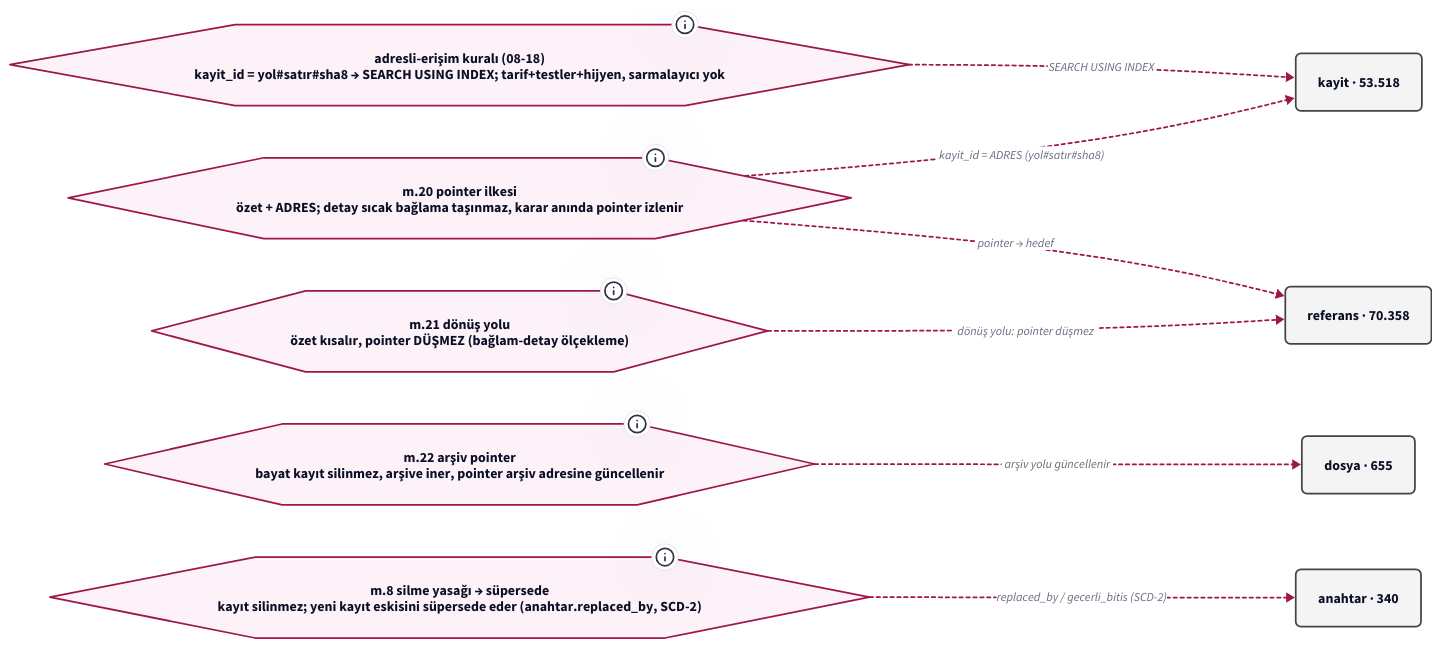
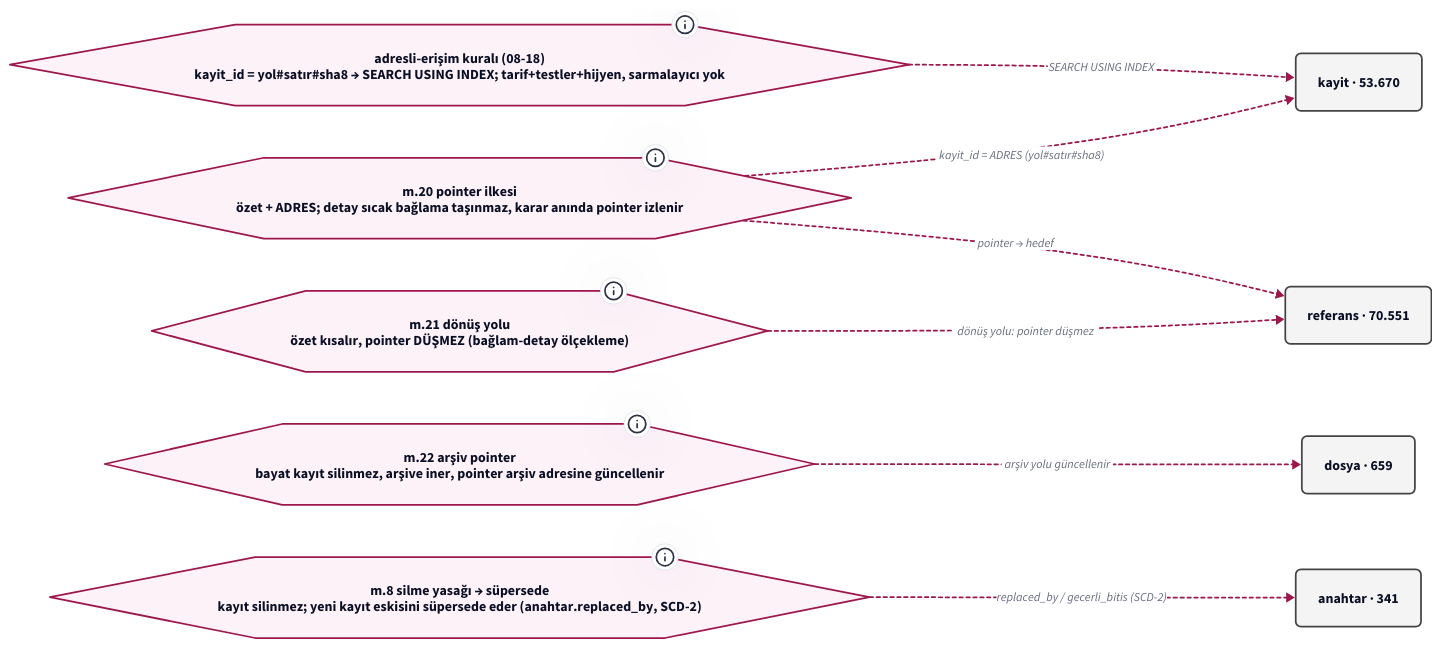
One commit to salihsahinin/sistem changed the diagram in graf/pointer-sistemi-v0-ilke.d2. Above: the diagram before and after it, drawn with D2. The commit also changed 53 other files, not shown here.

```diff
--- a/graf/pointer-sistemi-v0-ilke.d2
+++ b/graf/pointer-sistemi-v0-ilke.d2
@@ -1,33 +1,33 @@
 # Jarvis POINTER SİSTEMİ — POINTER İLKESİ → MEKANİZMA (pano 3/4) (türetilmiş görünüm; ham kaynak silver/bronz)
-# üretici: tools/pointer-graf.py · silver 0612826 · HEAD 0612826 · d2 v0.8.1-HEAD · render: d2 --layout=elk (ELK bundled; TALA girmez; determinizm yerel sha256 ile ölçülür — Karar 65)
+# üretici: tools/pointer-graf.py · silver bf215c7 · HEAD bf215c7 · d2 v0.8.1-HEAD · render: d2 --layout=elk (ELK bundled; TALA girmez; determinizm yerel sha256 ile ölçülür — Karar 65)
 # içerik katmanı: düğüm/kenar = silver'dan script türetimi (LLM yazmaz); ilke/kronoloji = kanon SABİTİ (pointer'lı, script içinde); yorum katmanı = bu # satırları
 direction: right
 classes: {
   kutu: { style: { fill: "#F4F4F4"; stroke: "#444444"; font-size: 16; border-radius: 6 } }
   pointer: { style: { fill: "#E8F0FE"; stroke: "#1A56DB"; border-radius: 6 } }
   anahtar: { style: { fill: "#FFF4E5"; stroke: "#B45309"; border-radius: 6 } }
   hat: { style: { fill: "#ECFDF5"; stroke: "#047857"; bold: true; border-radius: 6 } }
   ilke: { shape: hexagon; style: { fill: "#FDF2F8"; stroke: "#9D174D" } }
   kron: { shape: page; style: { fill: "#FFFFFF"; stroke: "#6B7280" } }
   dis: { shape: cloud; style: { fill: "#FAFAFA"; stroke: "#9CA3AF" } }
   kirik: { style: { stroke: "#DC2626"; stroke-dash: 3; font-size: 14 } }
   supersede: { style: { stroke: "#B45309"; stroke-dash: 5 } }
   fk: { style: { stroke: "#444444"; font-size: 14 } }
   turetir: { style: { stroke: "#047857"; stroke-width: 3 } }
   uygular: { style: { stroke: "#9D174D"; stroke-dash: 2; font-size: 14 } }
 }
 adres: "adresli-erişim kuralı (08-18)\nkayit_id = yol#satır#sha8 → SEARCH USING INDEX; tarif+testler+hijyen, sarmalayıcı yok" { class: ilke; tooltip: "KILAVUZ.md tasarım-ilkeleri · kuyruk/senaryo-defteri.md Karar 62" }
 m20: "m.20 pointer ilkesi\nözet + ADRES; detay sıcak bağlama taşınmaz, karar anında pointer izlenir" { class: ilke; tooltip: "core/tuzuk-v0.md m.20 · wiki/pointer-sistemi.md" }
 m21: "m.21 dönüş yolu\nözet kısalır, pointer DÜŞMEZ (bağlam-detay ölçekleme)" { class: ilke; tooltip: "core/tuzuk-v0.md m.21" }
 m22: "m.22 arşiv pointer\nbayat kayıt silinmez, arşive iner, pointer arşiv adresine güncellenir" { class: ilke; tooltip: "core/tuzuk-v0.md m.22" }
 m8: "m.8 silme yasağı → süpersede\nkayıt silinmez; yeni kayıt eskisini süpersede eder (anahtar.replaced_by, SCD-2)" { class: ilke; tooltip: "core/tuzuk-v0.md m.8 · core/baglam-anahtar-kaydi.md §3" }
-kayit: "kayit · 53.518" { class: kutu }
-referans: "referans · 70.358" { class: kutu }
-dosya: "dosya · 655" { class: kutu }
-anahtar: "anahtar · 340" { class: kutu }
+kayit: "kayit · 53.670" { class: kutu }
+referans: "referans · 70.551" { class: kutu }
+dosya: "dosya · 659" { class: kutu }
+anahtar: "anahtar · 341" { class: kutu }
 adres -> kayit: "SEARCH USING INDEX" { class: uygular }
 m20 -> kayit: "kayit_id = ADRES (yol#satır#sha8)" { class: uygular }
 m20 -> referans: "pointer → hedef" { class: uygular }
 m21 -> referans: "dönüş yolu: pointer düşmez" { class: uygular }
 m22 -> dosya: "arşiv yolu güncellenir" { class: uygular }
 m8 -> anahtar: "replaced_by / gecerli_bitis (SCD-2)" { class: uygular }
```
